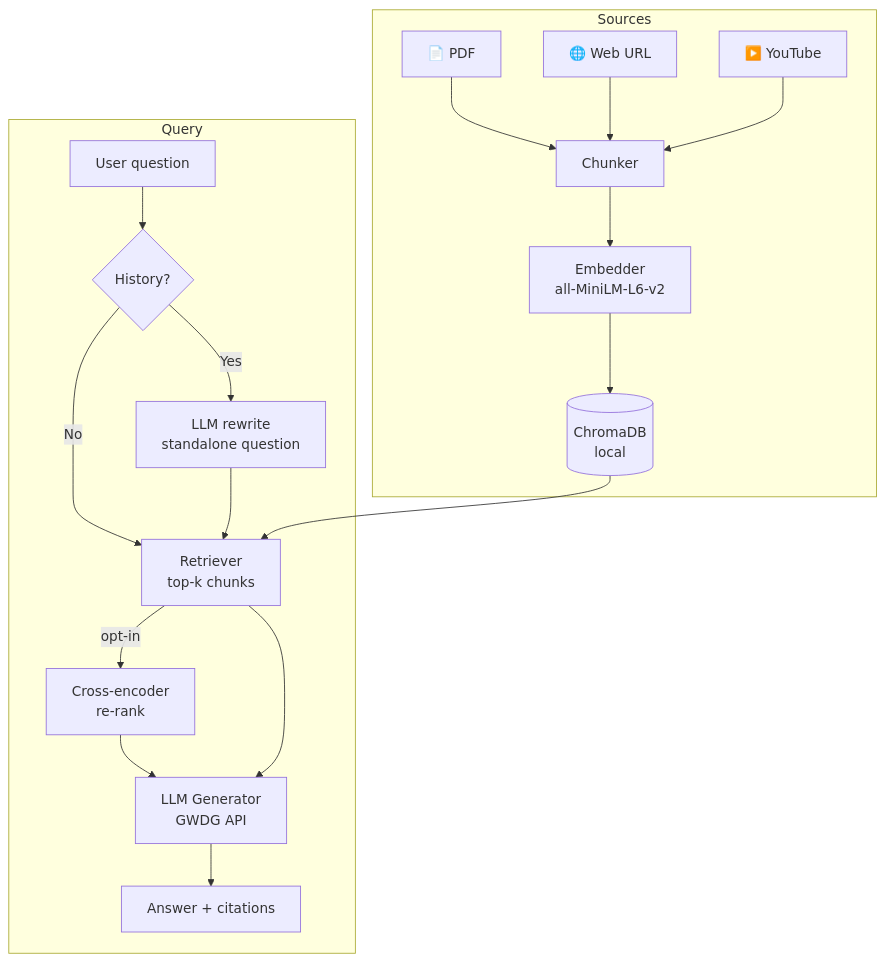
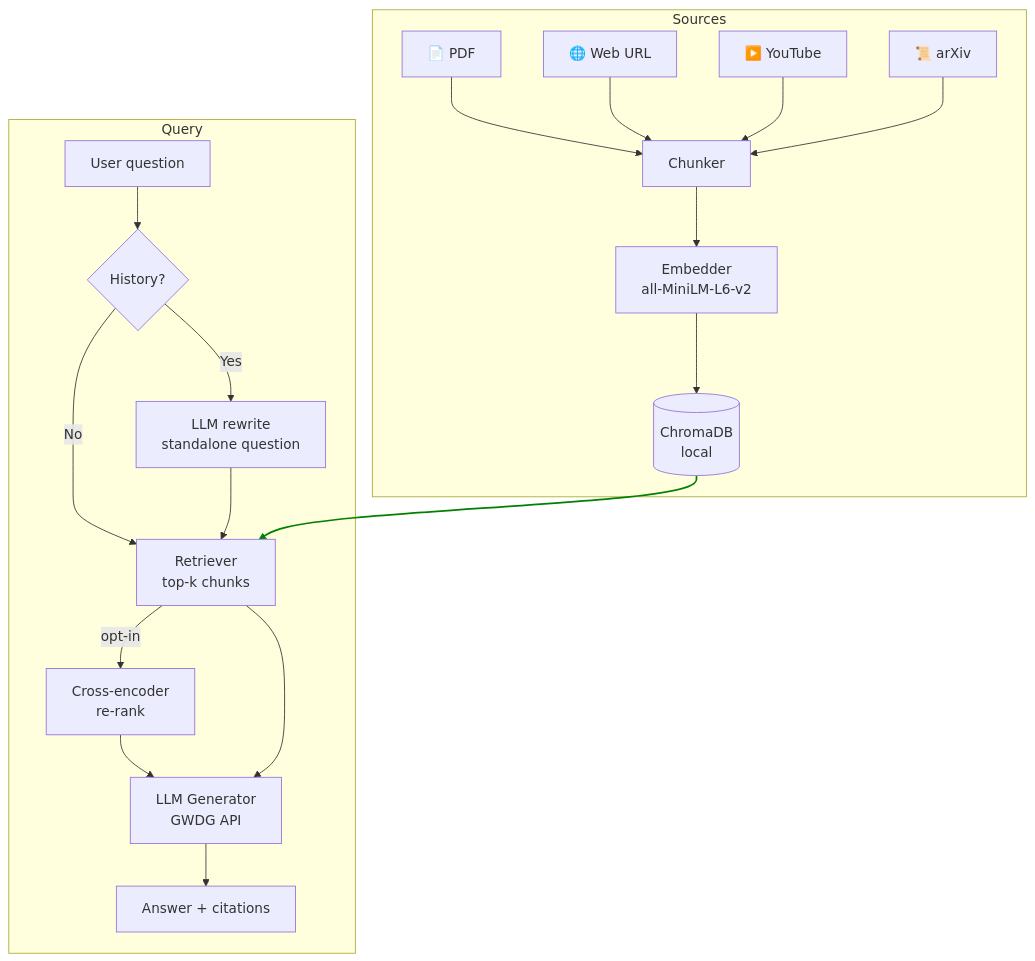
Before and after one commit to farmand-bt/multi-source-conversational-rag: the diagram in README.md, drawn with Mermaid. The commit also changed other lines of this file and 2 other files, not shown here.

Commit message:
fix: fpdf2 exception

````diff
--- a/README.md
+++ b/README.md
@@ -34,23 +34,27 @@
 ```mermaid
 flowchart TD
     subgraph Sources
         A[📄 PDF] --> C
         B[🌐 Web URL] --> C
         D[▶️ YouTube] --> C
+        X[📜 arXiv] --> C
         C[Chunker] --> E[Embedder\nall-MiniLM-L6-v2]
         E --> F[(ChromaDB\nlocal)]
     end
 
     subgraph Query
         G[User question] --> H{History?}
         H -- Yes --> I[LLM rewrite\nstandalone question]
         H -- No --> J
         I --> J[Retriever\ntop-k chunks]
         J -- opt-in --> K[Cross-encoder\nre-rank]
         K --> L
         J --> L[LLM Generator\nGWDG API]
         L --> M[Answer + citations]
     end
 
     F --> J
+    
+    %% Give the edge an id to style it
+    linkStyle 14 stroke:green,stroke-width:2px
 ```
````
